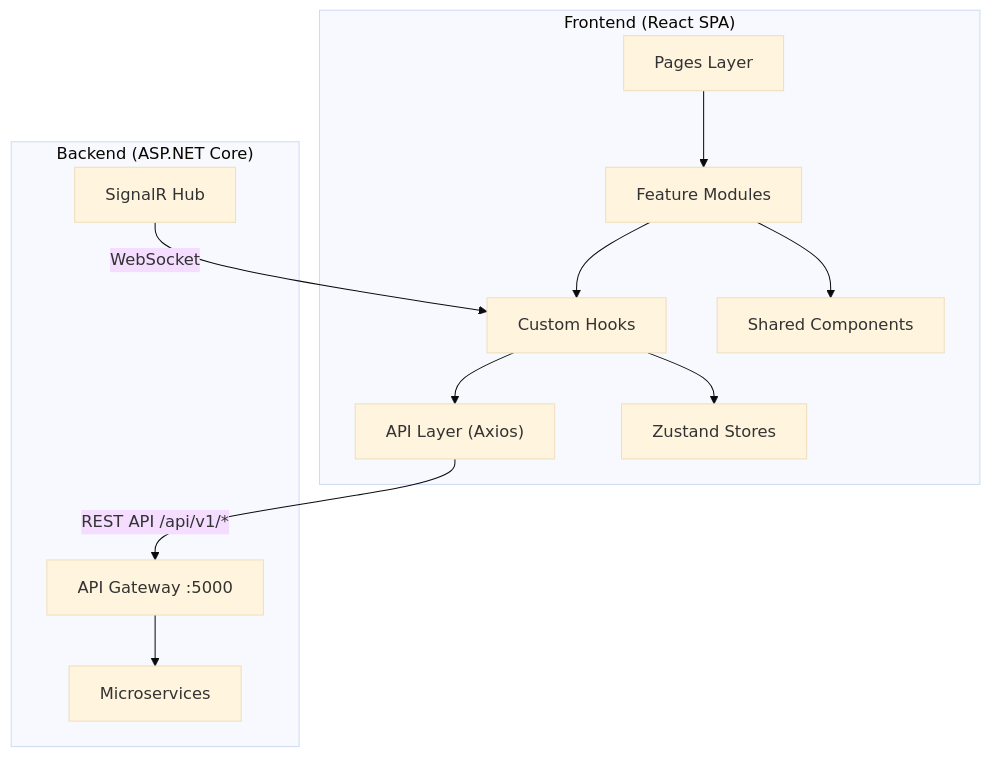
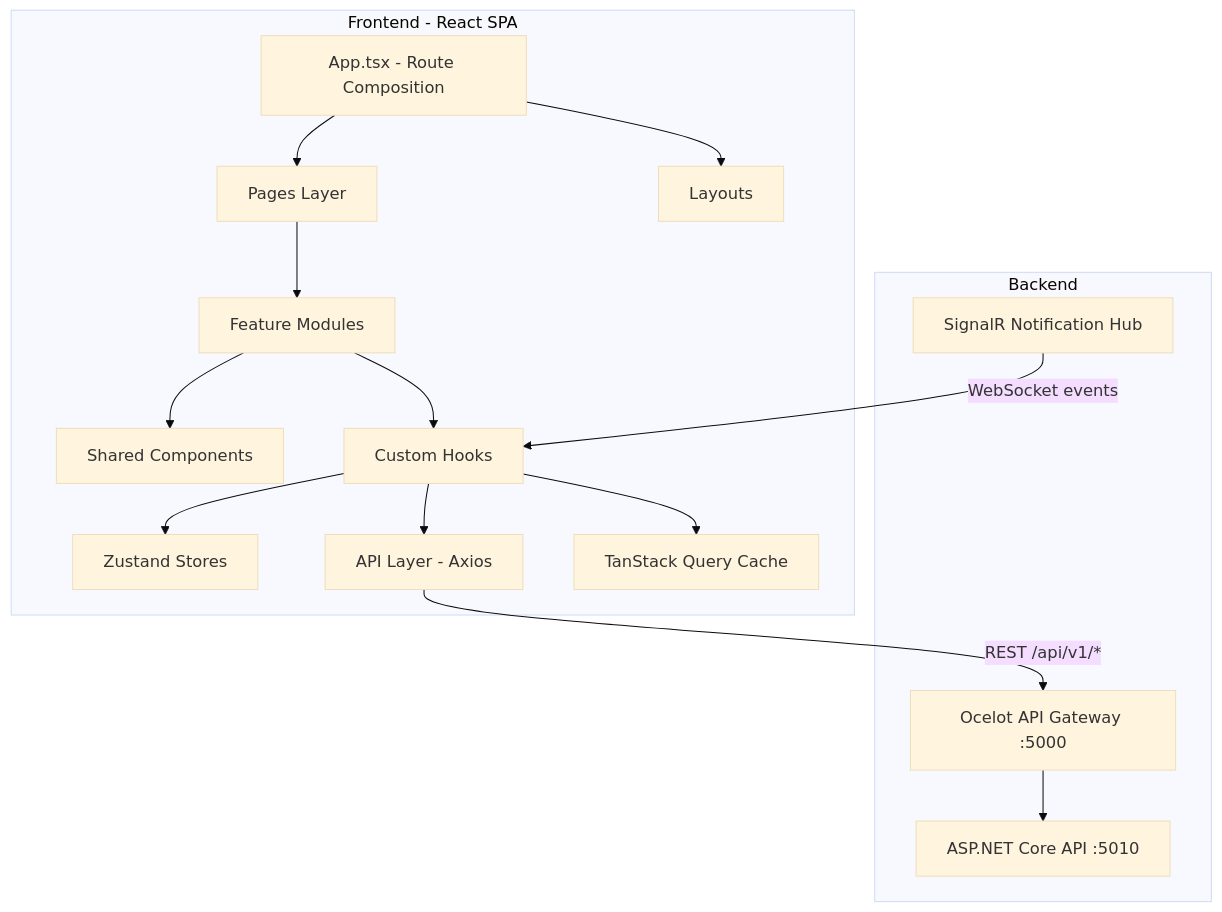
One commit to SonNPXSE183201/FE-SWP391 changed the first of 4 diagrams in FRONTEND_GUIDE_PHUC.md. Above: the diagram before and after it, drawn with Mermaid (base theme). The commit also changed other lines of this file and 30 other files, not shown here.

Commit message:
feat: refine contract review and publishing flows

````diff
--- a/FRONTEND_GUIDE_PHUC.md
+++ b/FRONTEND_GUIDE_PHUC.md
@@ -48,26 +34,32 @@
 ```mermaid
 graph TB
-    subgraph Frontend["Frontend (React SPA)"]
+    subgraph Frontend["Frontend - React SPA"]
+        App["App.tsx - Route Composition"]
         Pages["Pages Layer"]
+        Layouts["Layouts"]
         Features["Feature Modules"]
         Components["Shared Components"]
         Hooks["Custom Hooks"]
         Stores["Zustand Stores"]
-        API["API Layer (Axios)"]
+        API["API Layer - Axios"]
+        Query["TanStack Query Cache"]
     end
 
-    subgraph Backend["Backend (ASP.NET Core)"]
-        Gateway["API Gateway :5000"]
-        Services["Microservices"]
-        SignalR["SignalR Hub"]
+    subgraph Backend["Backend"]
+        Gateway["Ocelot API Gateway :5000"]
+        MangaAPI["ASP.NET Core API :5010"]
+        SignalR["SignalR Notification Hub"]
     end
 
+    App --> Pages
+    App --> Layouts
     Pages --> Features
+    Features --> Components
     Features --> Hooks
-    Features --> Components
+    Hooks --> Query
+    Hooks --> Stores
     Hooks --> API
-    Hooks --> Stores
-    API -->|"REST API /api/v1/*"| Gateway
-    SignalR -->|"WebSocket"| Hooks
-    Gateway --> Services
+    API -->|"REST /api/v1/*"| Gateway
+    Gateway --> MangaAPI
+    SignalR -->|"WebSocket events"| Hooks
 ```
````
